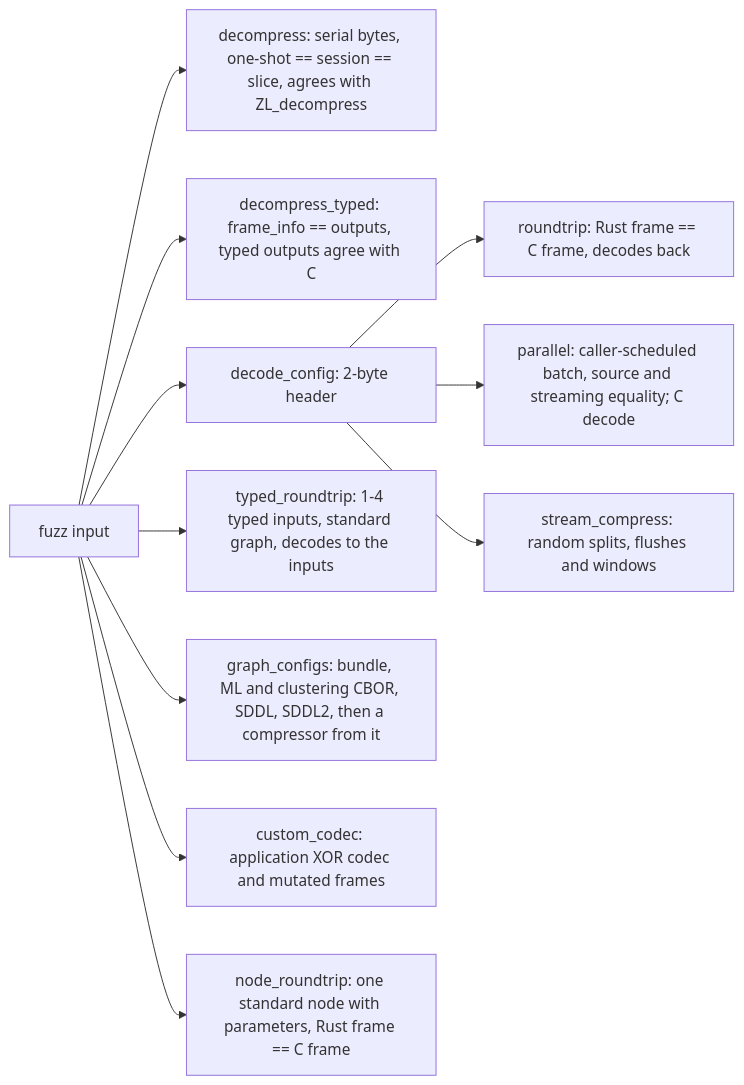
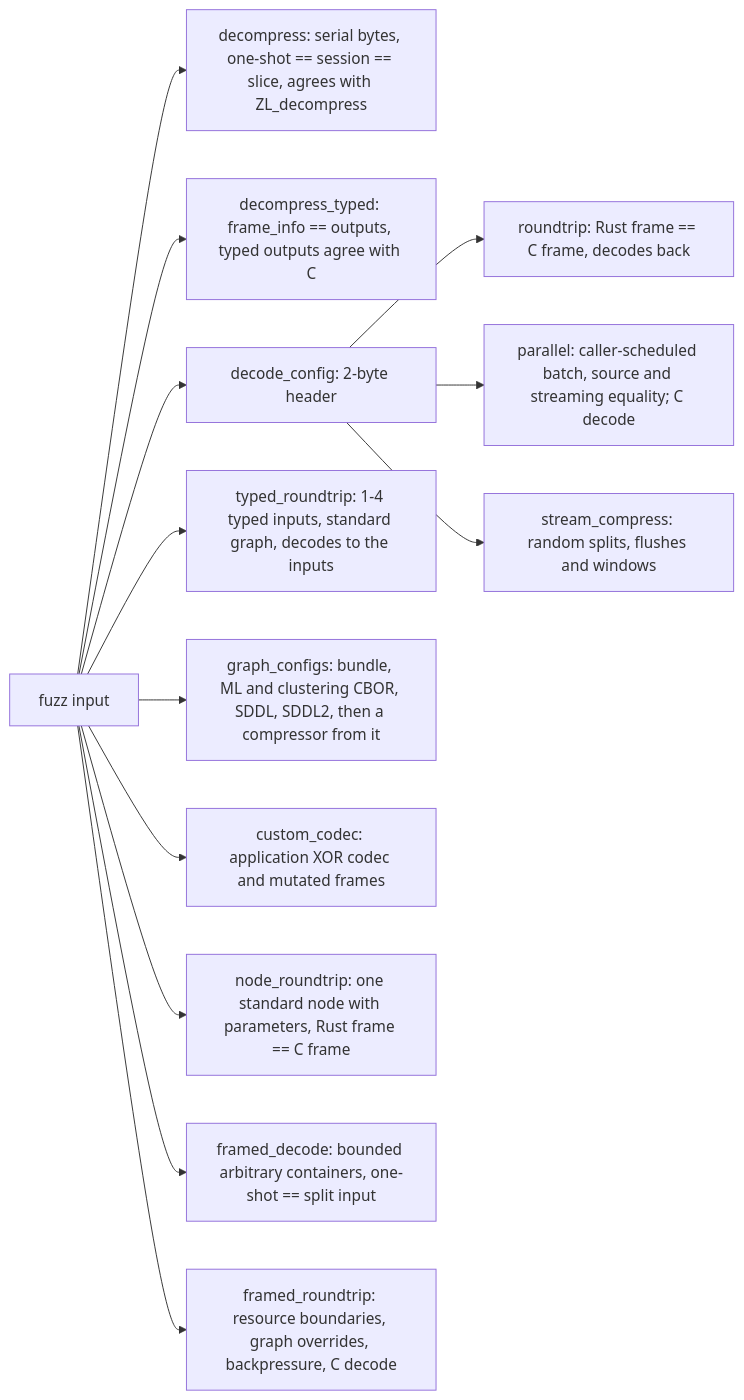
One commit to M-Compressors/mopenzl changed the first of 3 diagrams in architecture/fuzzing.md. Above: the diagram before and after it, drawn with Mermaid. The commit also changed other lines of this file and 47 other files, not shown here.

````diff
--- a/architecture/fuzzing.md
+++ b/architecture/fuzzing.md
@@ -10,13 +10,15 @@
 ```mermaid
 flowchart LR
     I[fuzz input] --> DC[decompress: serial bytes, one-shot == session == slice, agrees with ZL_decompress]
     I --> DT[decompress_typed: frame_info == outputs, typed outputs agree with C]
     I --> H[decode_config: 2-byte header]
     H --> RT[roundtrip: Rust frame == C frame, decodes back]
     H --> PC[parallel: caller-scheduled batch, source and streaming equality; C decode]
     H --> SC[stream_compress: random splits, flushes and windows]
     I --> TR[typed_roundtrip: 1-4 typed inputs, standard graph, decodes to the inputs]
     I --> GC[graph_configs: bundle, ML and clustering CBOR, SDDL, SDDL2, then a compressor from it]
     I --> CC[custom_codec: application XOR codec and mutated frames]
     I --> NR[node_roundtrip: one standard node with parameters, Rust frame == C frame]
+    I --> FD[framed_decode: bounded arbitrary containers, one-shot == split input]
+    I --> FR[framed_roundtrip: resource boundaries, graph overrides, backpressure, C decode]
 ```
````
